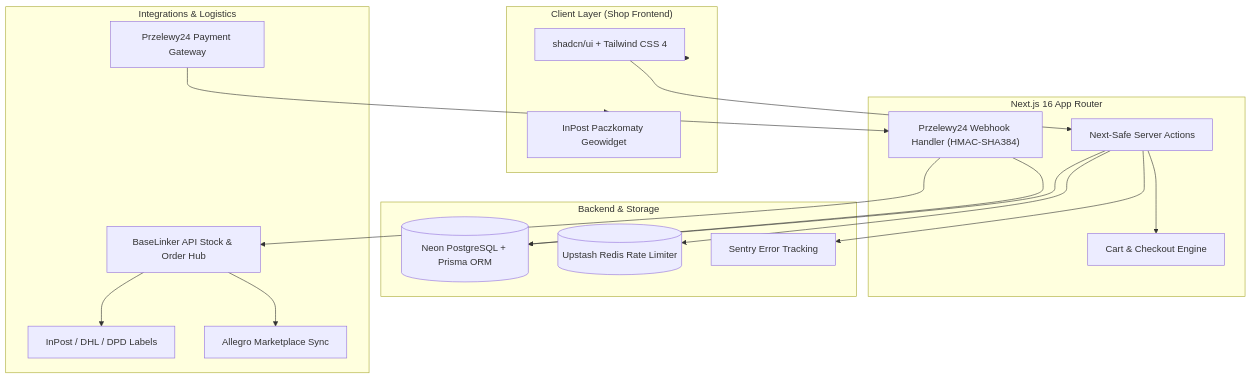
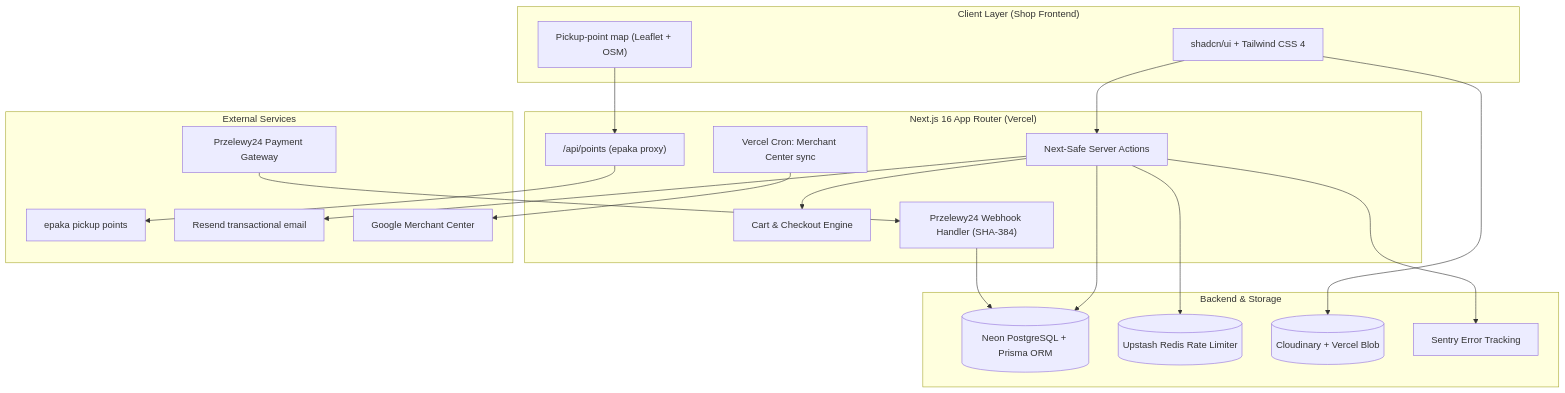
One commit to danylo-morhun/wellbotany changed the diagram in README.md. Above: the diagram before and after it, drawn with Mermaid. The commit also changed other lines of this file, not shown here.

Commit message:
docs(config): update readme to current architecture

````diff
--- a/README.md
+++ b/README.md
@@ -18,35 +17,38 @@
 ```mermaid
 graph TD
     subgraph Client ["Client Layer (Shop Frontend)"]
         UI["shadcn/ui + Tailwind CSS 4"]
-        Geo["InPost Paczkomaty Geowidget"]
+        Map["Pickup-point map (Leaflet + OSM)"]
     end
 
-    subgraph Storefront ["Next.js 16 App Router"]
+    subgraph Storefront ["Next.js 16 App Router (Vercel)"]
         ServerActions["Next-Safe Server Actions"]
         Cart["Cart & Checkout Engine"]
-        Webhook["Przelewy24 Webhook Handler (HMAC-SHA384)"]
+        Points["/api/points (epaka proxy)"]
+        Webhook["Przelewy24 Webhook Handler (SHA-384)"]
+        Cron["Vercel Cron: Merchant Center sync"]
     end
 
     subgraph Infra ["Backend & Storage"]
         DB[(Neon PostgreSQL + Prisma ORM)]
         Redis[(Upstash Redis Rate Limiter)]
+        Images[(Cloudinary + Vercel Blob)]
         Sentry[Sentry Error Tracking]
     end
 
-    subgraph External ["Integrations & Logistics"]
+    subgraph External ["External Services"]
         P24[Przelewy24 Payment Gateway]
-        BL[BaseLinker API Stock & Order Hub]
-        Couriers[InPost / DHL / DPD Labels]
-        Allegro[Allegro Marketplace Sync]
+        Epaka[epaka pickup points]
+        Resend[Resend transactional email]
+        GMC[Google Merchant Center]
     end
 
-    Client --> UI & Geo
     UI --> ServerActions
+    Map --> Points --> Epaka
     ServerActions --> Cart & DB & Redis
-    P24 --> Webhook
-    Webhook --> DB
-    Webhook --> BL
-    BL --> Couriers & Allegro
+    ServerActions --> Resend
+    P24 --> Webhook --> DB
+    Cron --> GMC
+    UI --> Images
     ServerActions --> Sentry
 ```
````
